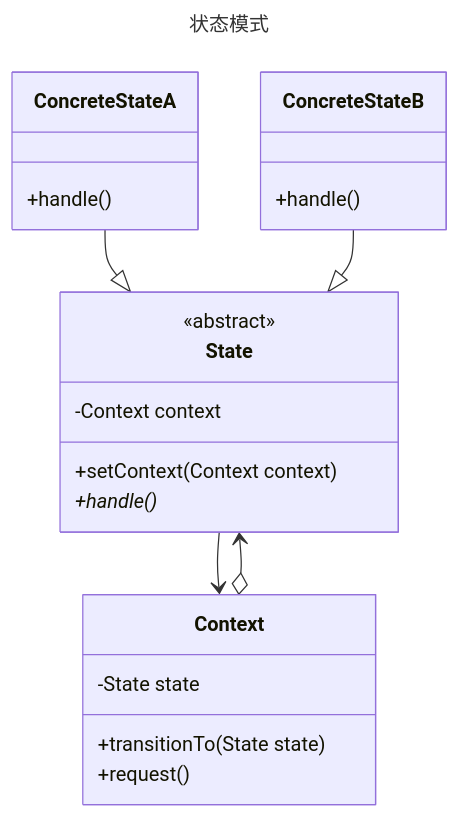
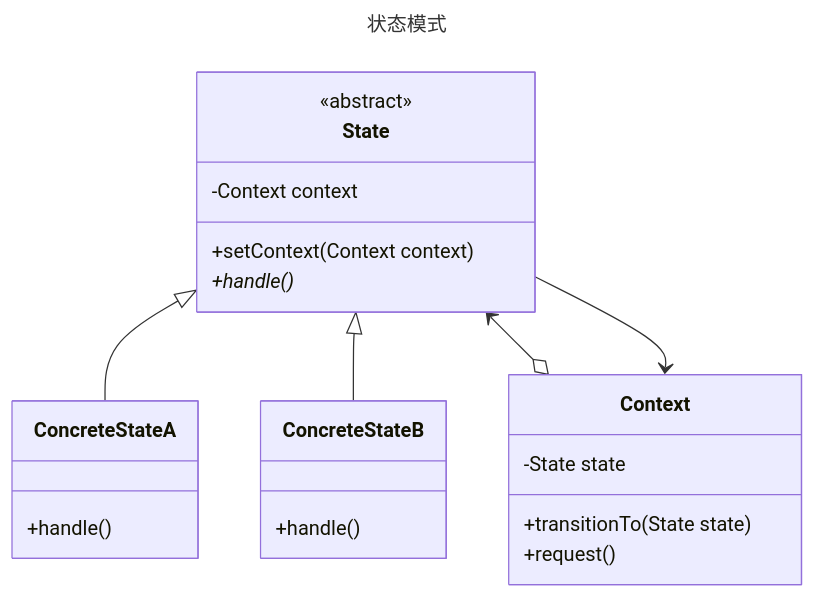
Before and after one commit to fengyun89/typescript-design-patterns: the diagram in state/README.md, drawn with Mermaid. The commit also changed 22 other files, not shown here.

Commit message:
行为型模式类图

````diff
--- a/state/README.md
+++ b/state/README.md
@@ -1,27 +1,27 @@
 ```mermaid
 ---
 title: 状态模式
 ---
 classDiagram
     class State {
         <<abstract>>
         -Context context
         +setContext(Context context)
         +handle()*
     }
     class ConcreteStateA {
         +handle()
     }
     class ConcreteStateB {
         +handle()
     }
     class Context {
         -State state
         +transitionTo(State state)
         +request()
     }
-    ConcreteStateA --|> State
-    ConcreteStateB --|> State
-    Context o--> State
-    State --> Context
+    State <|-- ConcreteStateA 
+    State <|-- ConcreteStateB 
+    State <--o Context 
+    Context <-- State 
 ```
````
